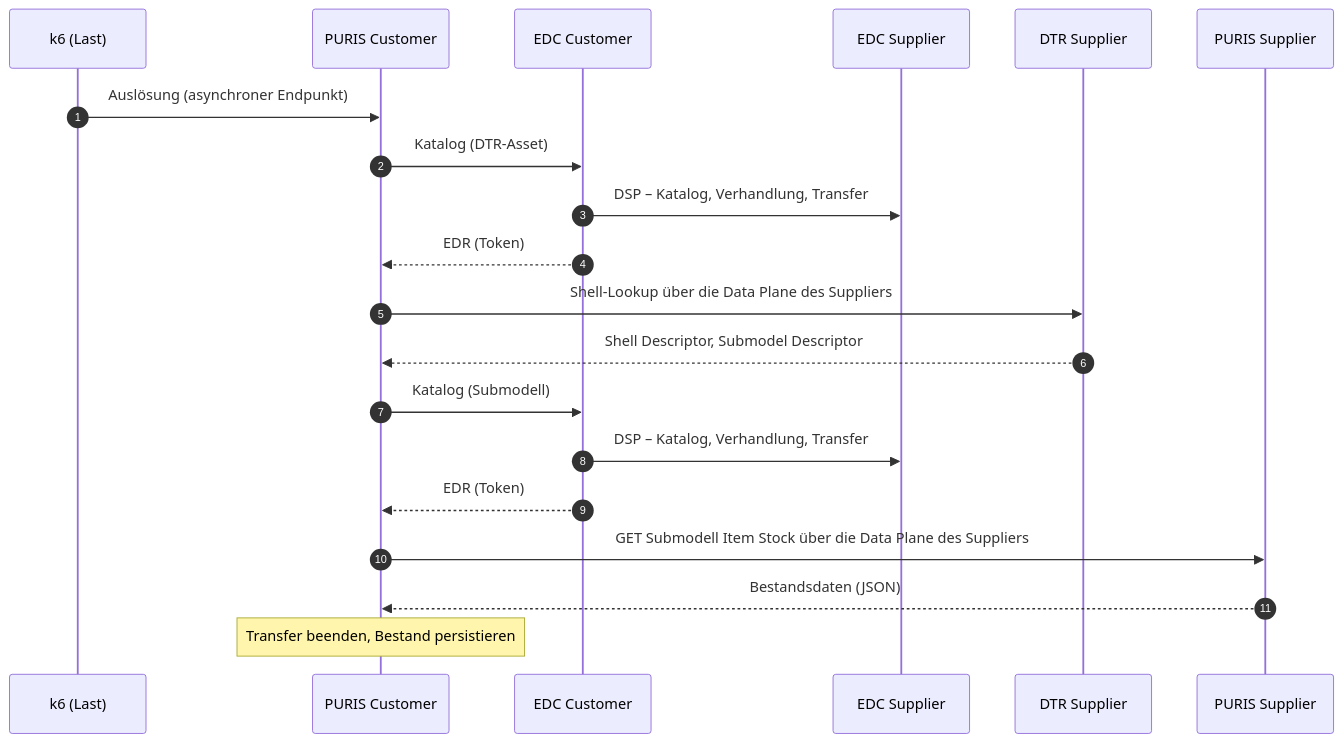
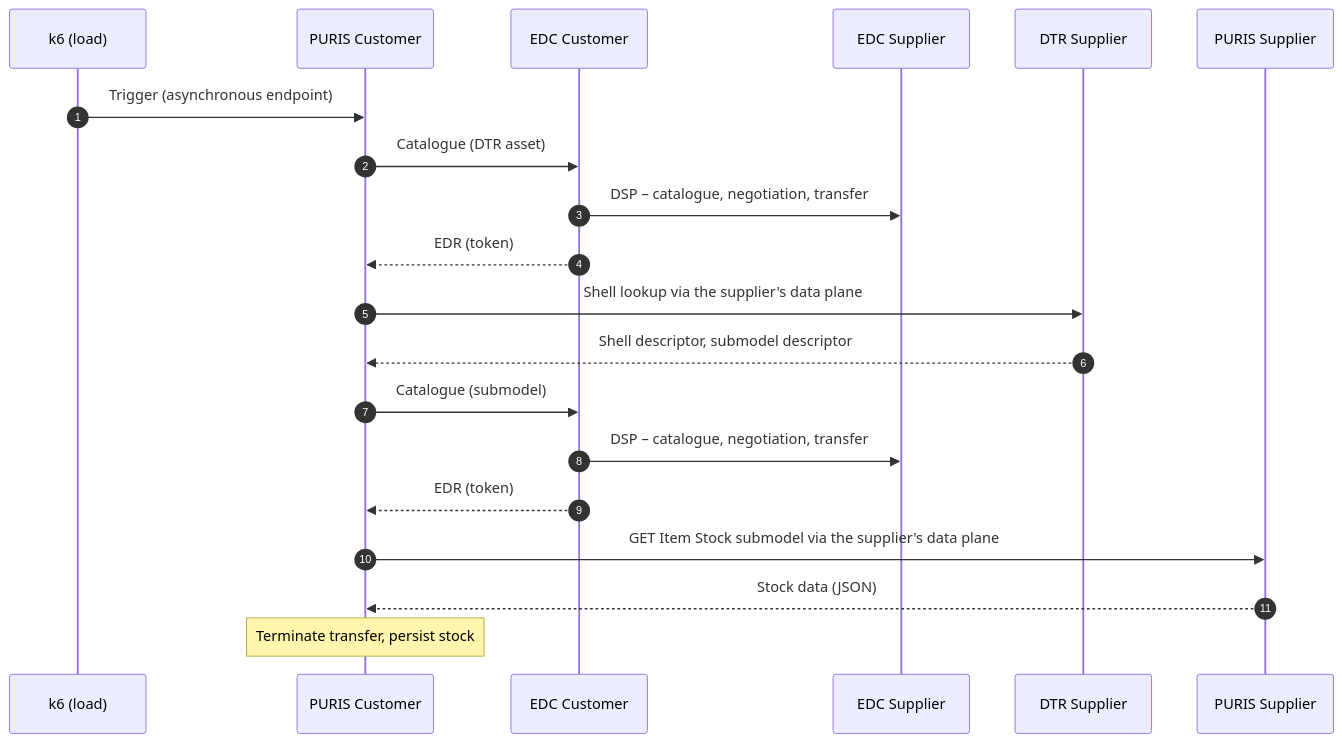
The first of 2 diagrams in README.md (artamrj/puris-performance-experiments), drawn with Mermaid before and after one commit. The commit also changed other lines of this file and 1 other file, not shown here.

````diff
--- a/README.md
+++ b/README.md
@@ -71,23 +74,23 @@
 ```mermaid
 sequenceDiagram
     autonumber
-    participant K6 as k6 (Last)
+    participant K6 as k6 (load)
     participant PC as PURIS Customer
     participant EC as EDC Customer
     participant ES as EDC Supplier
     participant DS as DTR Supplier
     participant PS as PURIS Supplier
 
-    K6->>PC: Auslösung (asynchroner Endpunkt)
-    PC->>EC: Katalog (DTR-Asset)
-    EC->>ES: DSP – Katalog, Verhandlung, Transfer
-    EC-->>PC: EDR (Token)
-    PC->>DS: Shell-Lookup über die Data Plane des Suppliers
-    DS-->>PC: Shell Descriptor, Submodel Descriptor
-    PC->>EC: Katalog (Submodell)
-    EC->>ES: DSP – Katalog, Verhandlung, Transfer
-    EC-->>PC: EDR (Token)
-    PC->>PS: GET Submodell Item Stock über die Data Plane des Suppliers
-    PS-->>PC: Bestandsdaten (JSON)
-    Note over PC: Transfer beenden, Bestand persistieren
+    K6->>PC: Trigger (asynchronous endpoint)
+    PC->>EC: Catalogue (DTR asset)
+    EC->>ES: DSP – catalogue, negotiation, transfer
+    EC-->>PC: EDR (token)
+    PC->>DS: Shell lookup via the supplier's data plane
+    DS-->>PC: Shell descriptor, submodel descriptor
+    PC->>EC: Catalogue (submodel)
+    EC->>ES: DSP – catalogue, negotiation, transfer
+    EC-->>PC: EDR (token)
+    PC->>PS: GET Item Stock submodel via the supplier's data plane
+    PS-->>PC: Stock data (JSON)
+    Note over PC: Terminate transfer, persist stock
 ```
````
